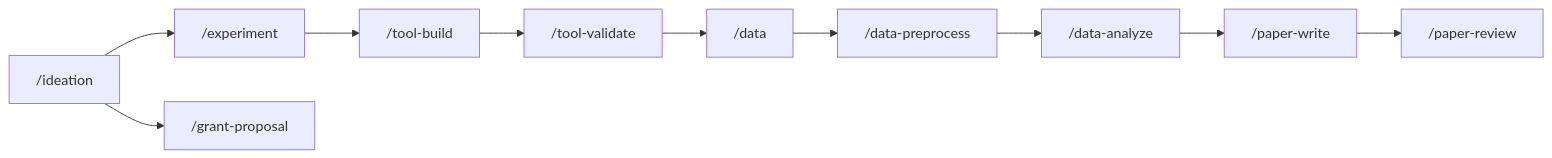
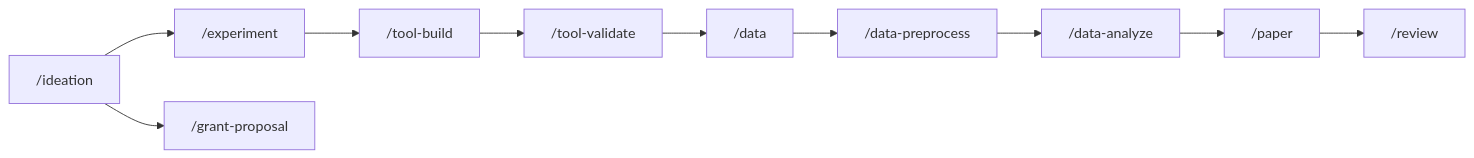
Before and after one commit to stanislavjiricek/neuroflow: the diagram in docs/commands/index.md, drawn with Mermaid. The commit also changed other lines of this file and 35 other files, not shown here.

First line of the commit message:
feat: remove paper-write/paper-review; add /review command for peer reviewing colleague's papers

````diff
--- a/docs/commands/index.md
+++ b/docs/commands/index.md
@@ -15,12 +15,12 @@
 ```mermaid
 flowchart LR
     A["/ideation"] --> B["/experiment"]
     A --> C["/grant-proposal"]
     B --> D["/tool-build"]
     D --> E["/tool-validate"]
     E --> F["/data"]
     F --> G["/data-preprocess"]
     G --> H["/data-analyze"]
-    H --> I["/paper-write"]
-    I --> J["/paper-review"]
+    H --> I["/paper"]
+    I --> J["/review"]
 ```
````
